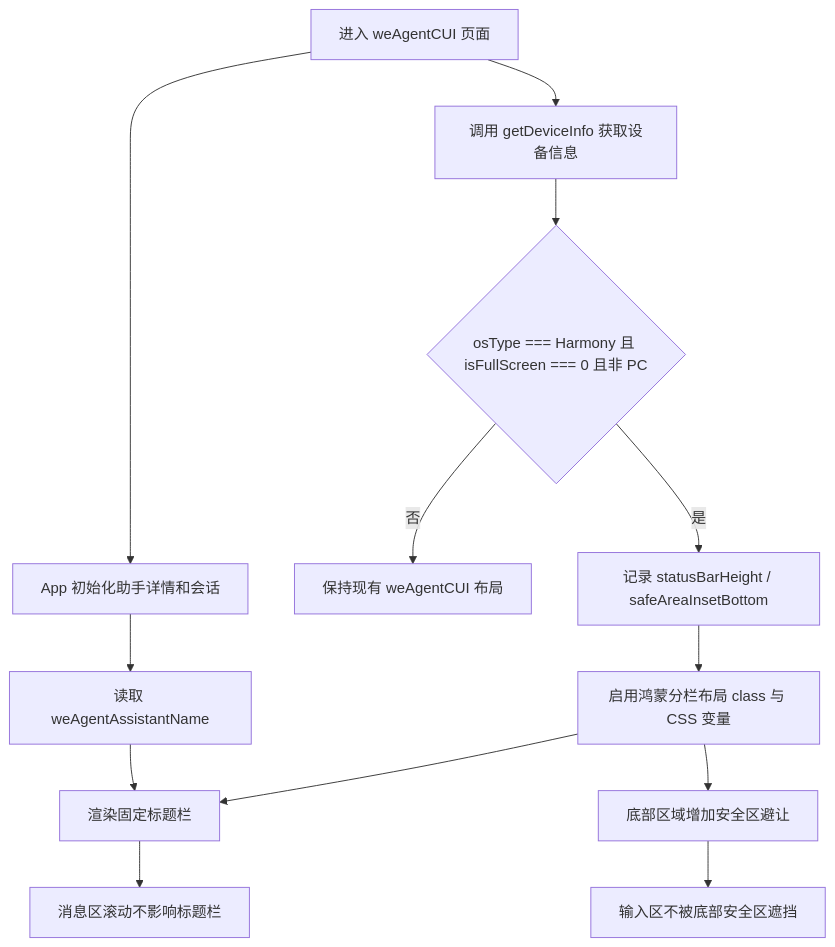
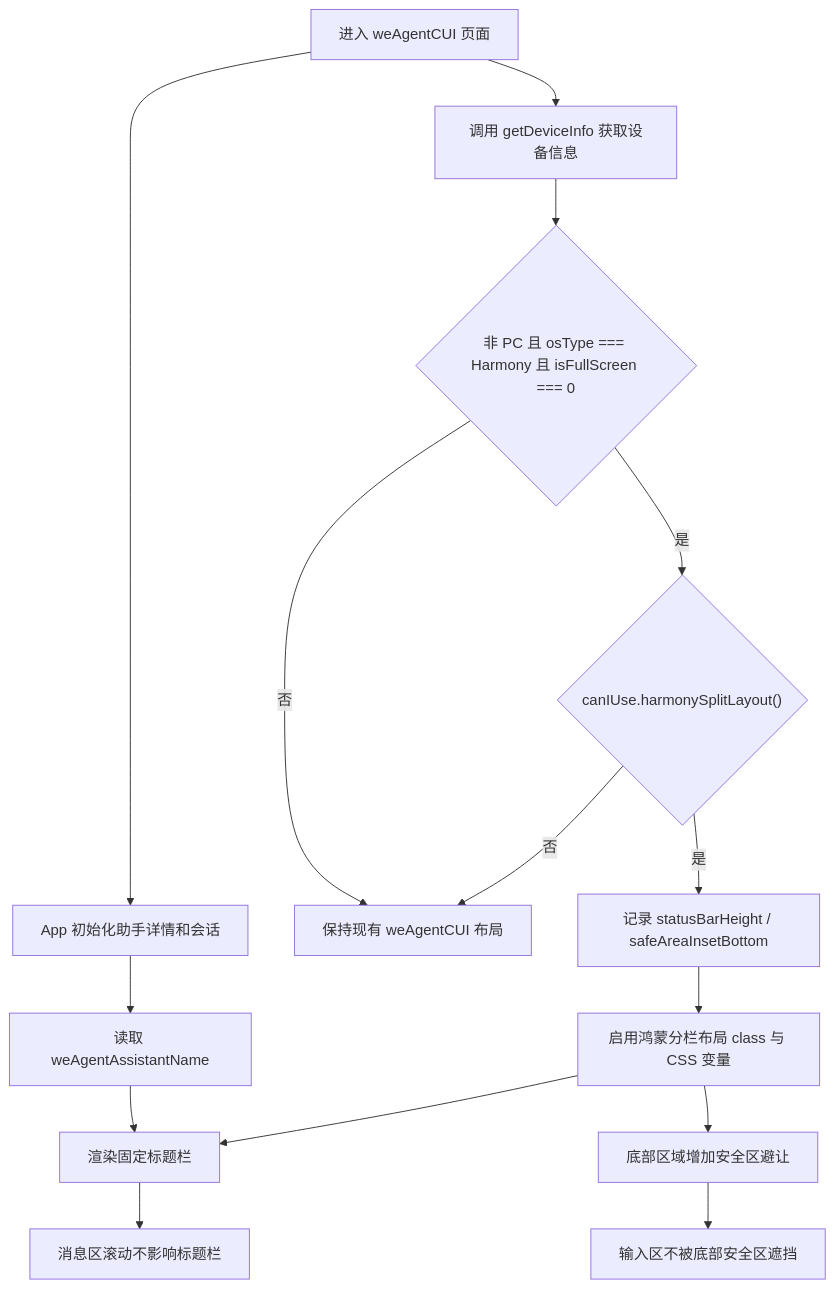
The first of 3 diagrams in ai-chat-viewer/docs/plans/2026-06-18-we-agent-cui-harmony-split-layout-plan.md (Abelsjcheng/skillSDK), drawn with Mermaid before and after one commit. The commit also changed other lines of this file and 6 other files, not shown here.

Commit message:
fix(harmony): gate split layout by client version

````diff
--- a/ai-chat-viewer/docs/plans/2026-06-18-we-agent-cui-harmony-split-layout-plan.md
+++ b/ai-chat-viewer/docs/plans/2026-06-18-we-agent-cui-harmony-split-layout-plan.md
@@ -51,15 +52,17 @@
 ```mermaid
 flowchart TD
     A["进入 weAgentCUI 页面"] --> B["App 初始化助手详情和会话"]
     A --> C["调用 getDeviceInfo 获取设备信息"]
-    C --> D{"osType === Harmony 且 isFullScreen === 0 且非 PC"}
+    C --> D{"非 PC 且 osType === Harmony 且 isFullScreen === 0"}
     D -- 否 --> E["保持现有 weAgentCUI 布局"]
-    D -- 是 --> F["记录 statusBarHeight / safeAreaInsetBottom"]
+    D -- 是 --> V{"canIUse.harmonySplitLayout()"}
+    V -- 否 --> E
+    V -- 是 --> F["记录 statusBarHeight / safeAreaInsetBottom"]
     B --> G["读取 weAgentAssistantName"]
     F --> H["启用鸿蒙分栏布局 class 与 CSS 变量"]
     G --> I["渲染固定标题栏"]
     H --> I
     H --> J["底部区域增加安全区避让"]
     I --> K["消息区滚动不影响标题栏"]
     J --> L["输入区不被底部安全区遮挡"]
 ```
````
